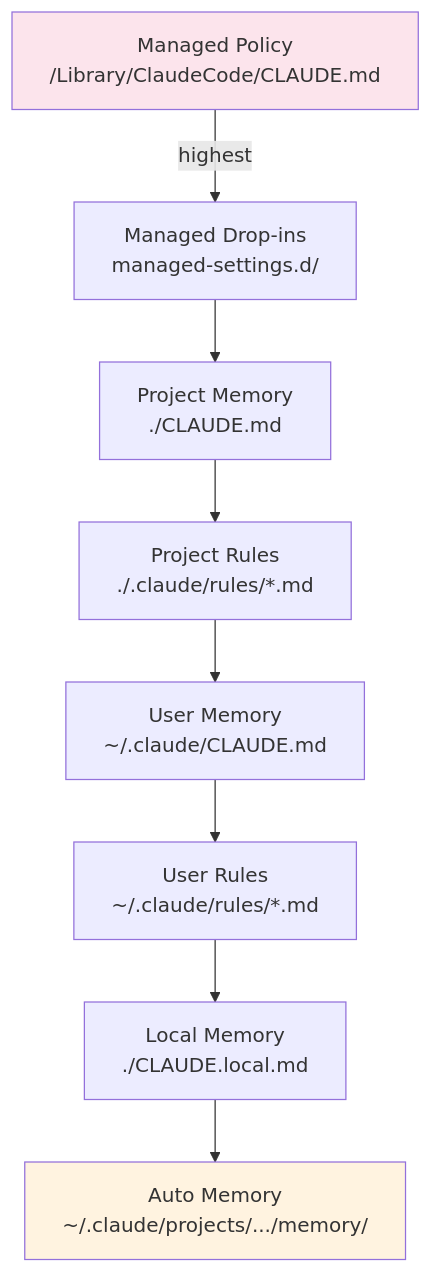
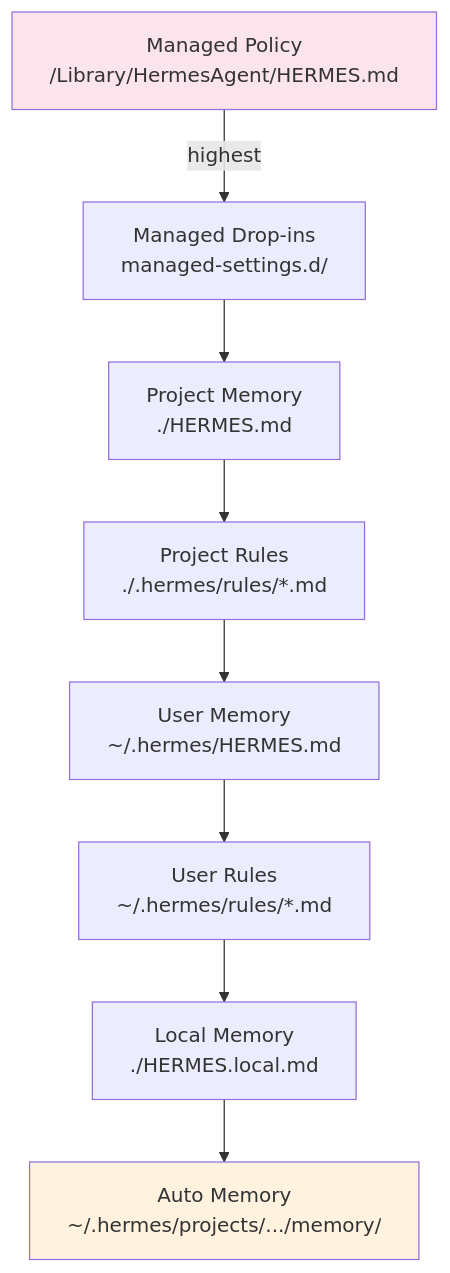
The diagram in 02-memory/memory-providers.md (1234567mm/hermes-howto), drawn with Mermaid before and after one commit. The commit also changed other lines of this file and 57 other files, not shown here.

First line of the commit message:
refactor: Complete Hermes Agent branding and self-testing infrastructure

````diff
--- a/02-memory/memory-providers.md
+++ b/02-memory/memory-providers.md
@@ -11,12 +11,12 @@
 ```mermaid
 graph TD
-    A["Managed Policy<br/>/Library/ClaudeCode/CLAUDE.md"] -->|highest| B["Managed Drop-ins<br/>managed-settings.d/"]
-    B --> C["Project Memory<br/>./CLAUDE.md"]
-    C --> D["Project Rules<br/>./.claude/rules/*.md"]
-    D --> E["User Memory<br/>~/.claude/CLAUDE.md"]
-    E --> F["User Rules<br/>~/.claude/rules/*.md"]
-    F --> G["Local Memory<br/>./CLAUDE.local.md"]
-    G --> H["Auto Memory<br/>~/.claude/projects/.../memory/"]
+    A["Managed Policy<br/>/Library/HermesAgent/HERMES.md"] -->|highest| B["Managed Drop-ins<br/>managed-settings.d/"]
+    B --> C["Project Memory<br/>./HERMES.md"]
+    C --> D["Project Rules<br/>./.hermes/rules/*.md"]
+    D --> E["User Memory<br/>~/.hermes/HERMES.md"]
+    E --> F["User Rules<br/>~/.hermes/rules/*.md"]
+    F --> G["Local Memory<br/>./HERMES.local.md"]
+    G --> H["Auto Memory<br/>~/.hermes/projects/.../memory/"]
     style A fill:#fce4ec
     style H fill:#fff3e0
 ```
````
